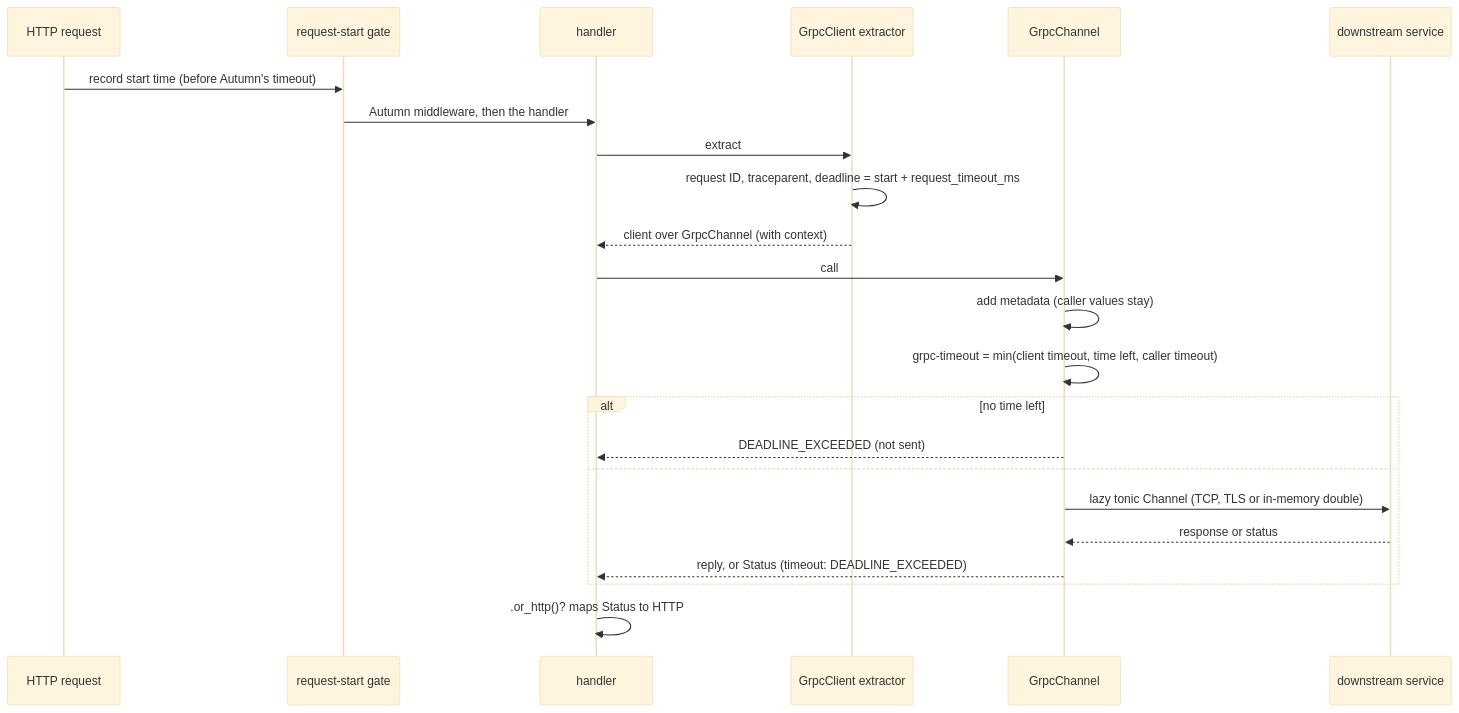
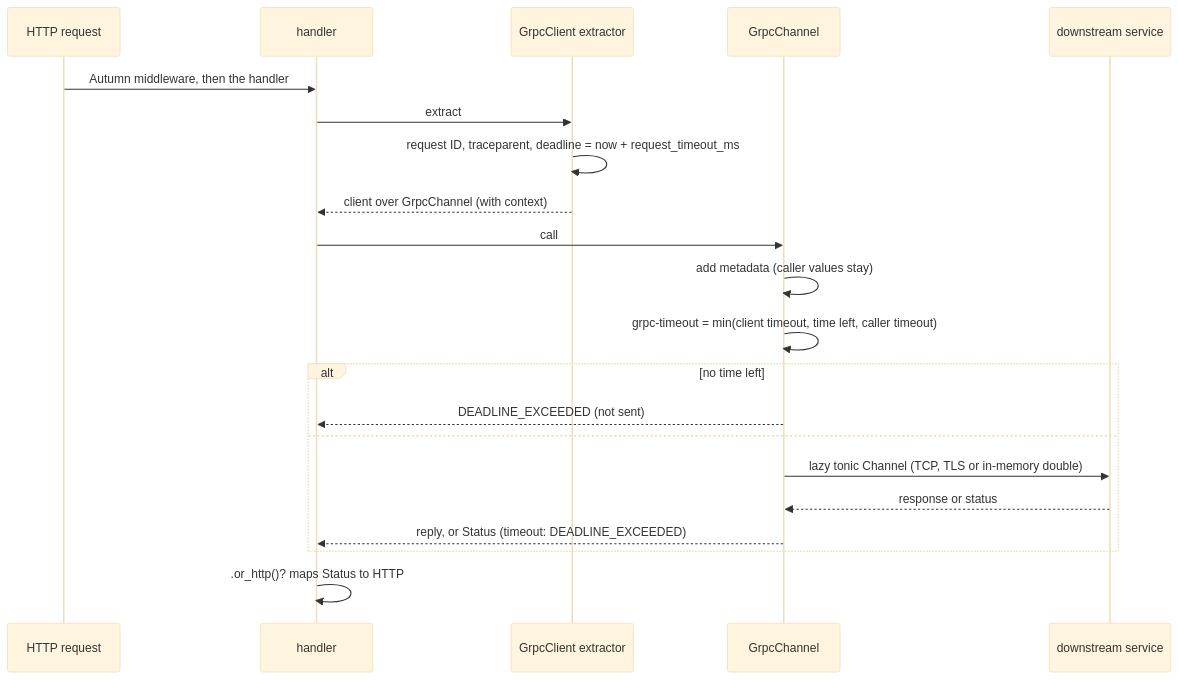
One commit to autumn-foundation/autumn-plugin-grpc changed the fourth of 5 diagrams in docs/architecture.md. Above: the diagram before and after it, drawn with Mermaid (base theme). The commit also changed other lines of this file and 17 other files, not shown here.

````diff
--- a/docs/architecture.md
+++ b/docs/architecture.md
@@ -88,25 +88,23 @@
 ```mermaid
 sequenceDiagram
     participant R as HTTP request
-    participant G as request-start gate
     participant H as handler
     participant X as GrpcClient extractor
     participant C as GrpcChannel
     participant S as downstream service
-    R->>G: record start time (before Autumn's timeout)
-    G->>H: Autumn middleware, then the handler
+    R->>H: Autumn middleware, then the handler
     H->>X: extract
-    X->>X: request ID, traceparent, deadline = start + request_timeout_ms
+    X->>X: request ID, traceparent, deadline = now + request_timeout_ms
     X-->>H: client over GrpcChannel (with context)
     H->>C: call
     C->>C: add metadata (caller values stay)
     C->>C: grpc-timeout = min(client timeout, time left, caller timeout)
     alt no time left
         C-->>H: DEADLINE_EXCEEDED (not sent)
     else
         C->>S: lazy tonic Channel (TCP, TLS or in-memory double)
         S-->>C: response or status
         C-->>H: reply, or Status (timeout: DEADLINE_EXCEEDED)
     end
     H->>H: .or_http()? maps Status to HTTP
 ```
````
